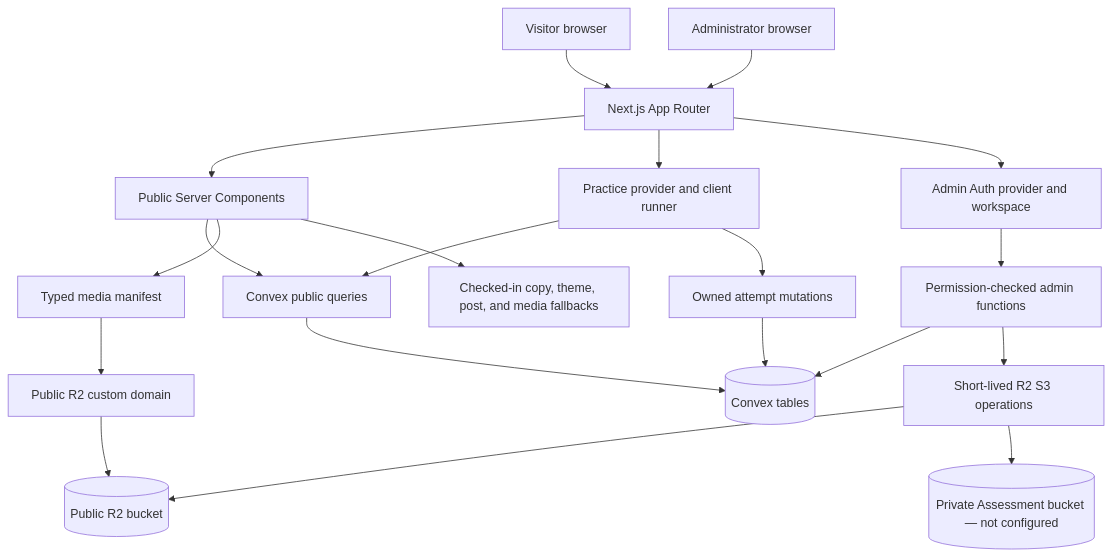
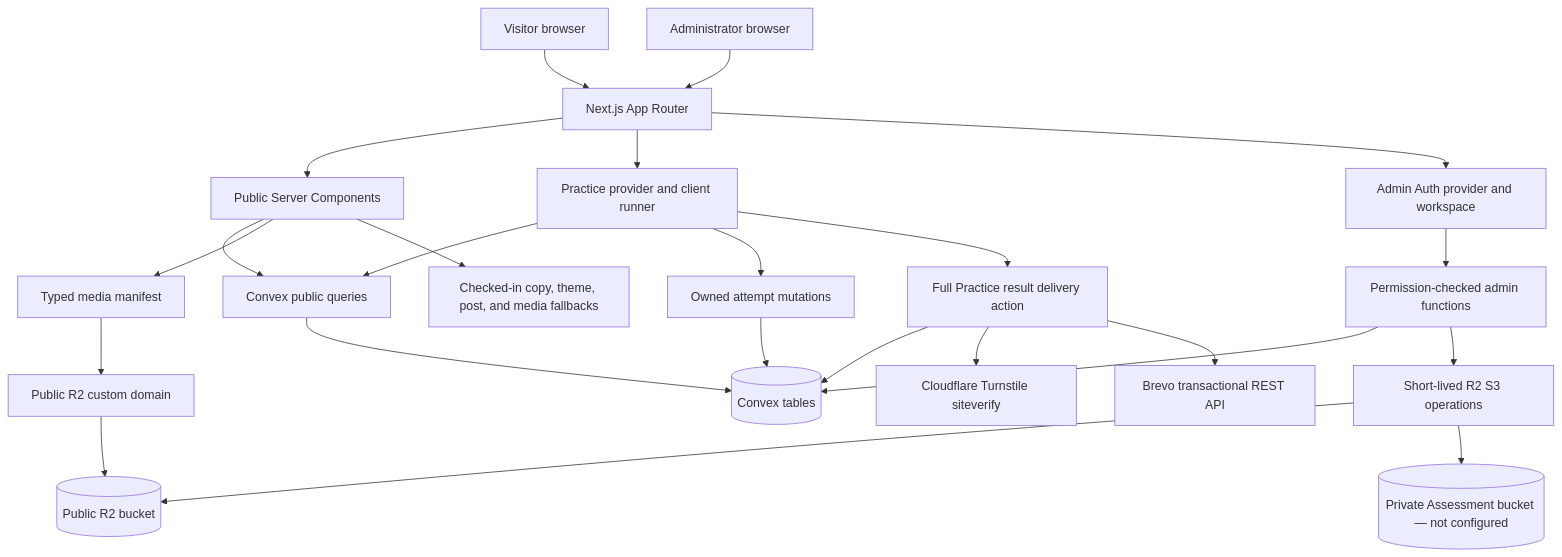
The first of 3 diagrams in BLUEPRINT.md (English-Club-Jambi/website), drawn with Mermaid before and after one commit. The commit also changed other lines of this file and 106 other files, not shown here.

````diff
--- a/BLUEPRINT.md
+++ b/BLUEPRINT.md
@@ -11,22 +11,26 @@
 ```mermaid
 flowchart TB
   V["Visitor browser"] --> N["Next.js App Router"]
   OPR["Administrator browser"] --> N
   N --> S["Public Server Components"]
   N --> PC["Practice provider and client runner"]
   N --> AC["Admin Auth provider and workspace"]
   S --> X["Convex public queries"]
   PC --> X
   PC --> AM["Owned attempt mutations"]
+  PC --> RD["Full Practice result delivery action"]
   AC --> AA["Permission-checked admin functions"]
   X --> D[("Convex tables")]
   AM --> D
+  RD --> D
+  RD --> TURN["Cloudflare Turnstile siteverify"]
+  RD --> BREV["Brevo transactional REST API"]
   AA --> D
   S --> TM["Typed media manifest"]
   TM --> PUB["Public R2 custom domain"]
   AA --> S3["Short-lived R2 S3 operations"]
   S3 --> PUBB[("Public R2 bucket")]
   S3 --> PRIV[("Private Assessment bucket — not configured")]
   PUB --> PUBB
   S --> FB["Checked-in copy, theme, post, and media fallbacks"]
 ```
````
